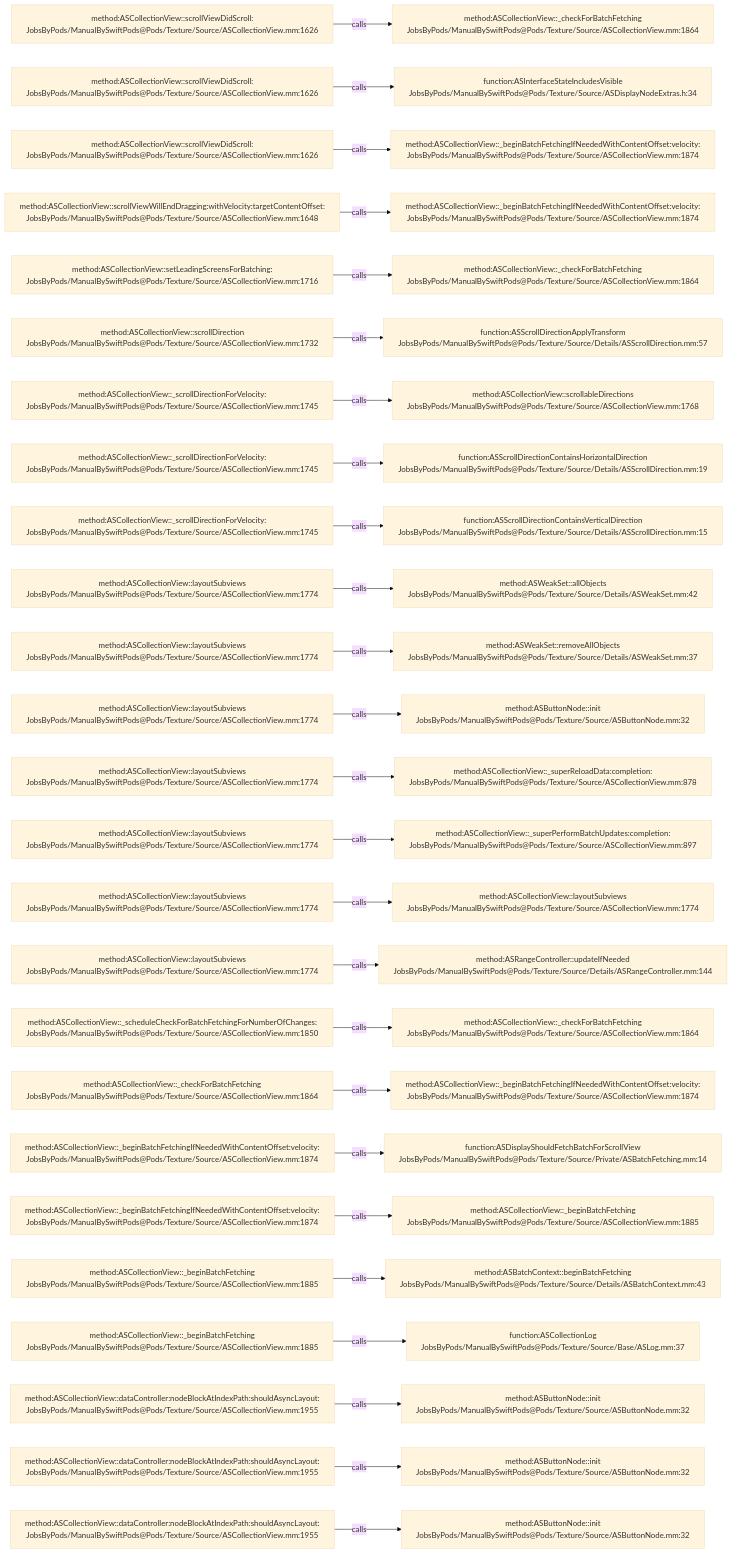
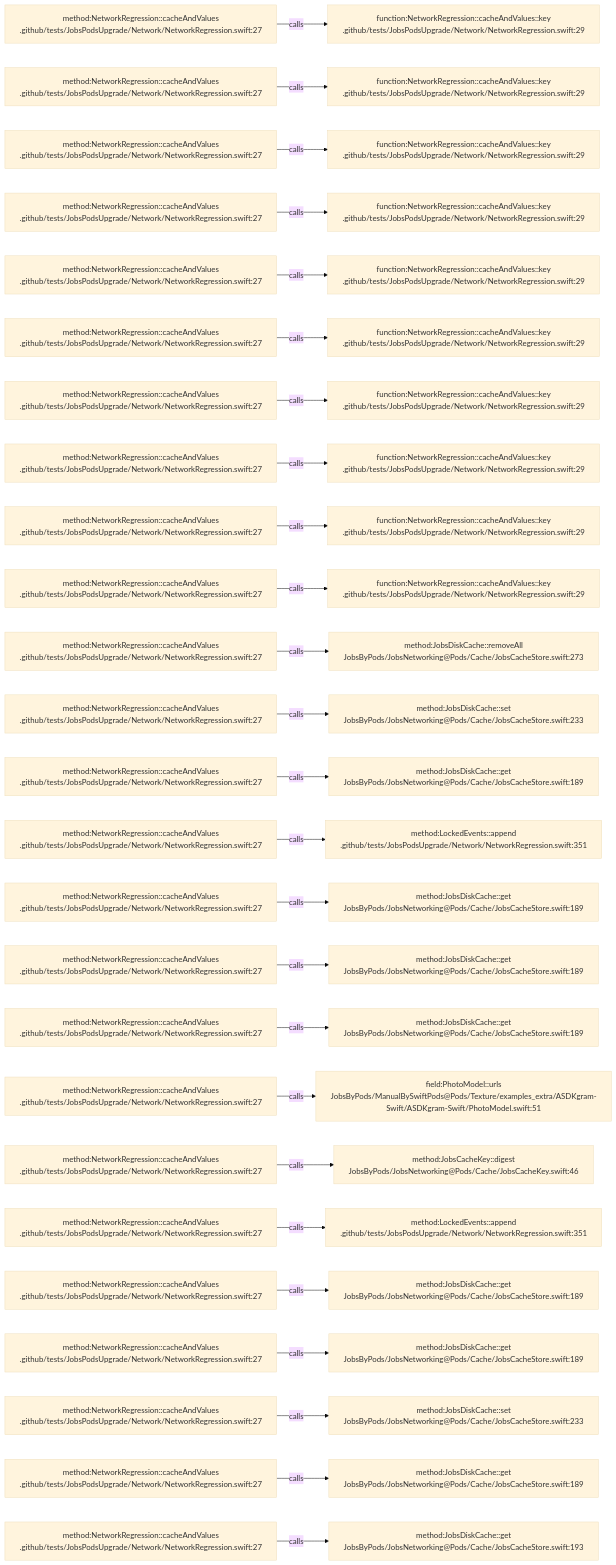
One commit to JobsKits/JobsSwiftBaseConfigDemo changed the diagram in .codegraph/codegraph.md/graphs/calls-013.md. Above: the diagram before and after it, drawn with Mermaid (base theme). The commit also changed 224 other files, not shown here.

````diff
--- a/.codegraph/codegraph.md/graphs/calls-013.md
+++ b/.codegraph/codegraph.md/graphs/calls-013.md
@@ -13,78 +13,78 @@
 ```mermaid
 flowchart LR
-  S1["method:ASCollectionView::scrollViewDidScroll:<br/>JobsByPods/ManualBySwiftPods@Pods/Texture/Source/ASCollectionView.mm:1626"]
-  T1["method:ASCollectionView::_checkForBatchFetching<br/>JobsByPods/ManualBySwiftPods@Pods/Texture/Source/ASCollectionView.mm:1864"]
+  S1["method:NetworkRegression::cacheAndValues<br/>.github/tests/JobsPodsUpgrade/Network/NetworkRegression.swift:27"]
+  T1["function:NetworkRegression::cacheAndValues::key<br/>.github/tests/JobsPodsUpgrade/Network/NetworkRegression.swift:29"]
   S1 -->|calls| T1
-  S2["method:ASCollectionView::scrollViewDidScroll:<br/>JobsByPods/ManualBySwiftPods@Pods/Texture/Source/ASCollectionView.mm:1626"]
-  T2["function:ASInterfaceStateIncludesVisible<br/>JobsByPods/ManualBySwiftPods@Pods/Texture/Source/ASDisplayNodeExtras.h:34"]
+  S2["method:NetworkRegression::cacheAndValues<br/>.github/tests/JobsPodsUpgrade/Network/NetworkRegression.swift:27"]
+  T2["function:NetworkRegression::cacheAndValues::key<br/>.github/tests/JobsPodsUpgrade/Network/NetworkRegression.swift:29"]
   S2 -->|calls| T2
-  S3["method:ASCollectionView::scrollViewDidScroll:<br/>JobsByPods/ManualBySwiftPods@Pods/Texture/Source/ASCollectionView.mm:1626"]
-  T3["method:ASCollectionView::_beginBatchFetchingIfNeededWithContentOffset:velocity:<br/>JobsByPods/ManualBySwiftPods@Pods/Texture/Source/ASCollectionView.mm:1874"]
+  S3["method:NetworkRegression::cacheAndValues<br/>.github/tests/JobsPodsUpgrade/Network/NetworkRegression.swift:27"]
+  T3["function:NetworkRegression::cacheAndValues::key<br/>.github/tests/JobsPodsUpgrade/Network/NetworkRegression.swift:29"]
   S3 -->|calls| T3
-  S4["method:ASCollectionView::scrollViewWillEndDragging:withVelocity:targetContentOffset:<br/>JobsByPods/ManualBySwiftPods@Pods/Texture/Source/ASCollectionView.mm:1648"]
-  T4["method:ASCollectionView::_beginBatchFetchingIfNeededWithContentOffset:velocity:<br/>JobsByPods/ManualBySwiftPods@Pods/Texture/Source/ASCollectionView.mm:1874"]
+  S4["method:NetworkRegression::cacheAndValues<br/>.github/tests/JobsPodsUpgrade/Network/NetworkRegression.swift:27"]
+  T4["function:NetworkRegression::cacheAndValues::key<br/>.github/tests/JobsPodsUpgrade/Network/NetworkRegression.swift:29"]
   S4 -->|calls| T4
-  S5["method:ASCollectionView::setLeadingScreensForBatching:<br/>JobsByPods/ManualBySwiftPods@Pods/Texture/Source/ASCollectionView.mm:1716"]
-  T5["method:ASCollectionView::_checkForBatchFetching<br/>JobsByPods/ManualBySwiftPods@Pods/Texture/Source/ASCollectionView.mm:1864"]
+  S5["method:NetworkRegression::cacheAndValues<br/>.github/tests/JobsPodsUpgrade/Network/NetworkRegression.swift:27"]
+  T5["function:NetworkRegression::cacheAndValues::key<br/>.github/tests/JobsPodsUpgrade/Network/NetworkRegression.swift:29"]
   S5 -->|calls| T5
-  S6["method:ASCollectionView::scrollDirection<br/>JobsByPods/ManualBySwiftPods@Pods/Texture/Source/ASCollectionView.mm:1732"]
-  T6["function:ASScrollDirectionApplyTransform<br/>JobsByPods/ManualBySwiftPods@Pods/Texture/Source/Details/ASScrollDirection.mm:57"]
+  S6["method:NetworkRegression::cacheAndValues<br/>.github/tests/JobsPodsUpgrade/Network/NetworkRegression.swift:27"]
+  T6["function:NetworkRegression::cacheAndValues::key<br/>.github/tests/JobsPodsUpgrade/Network/NetworkRegression.swift:29"]
   S6 -->|calls| T6
-  S7["method:ASCollectionView::_scrollDirectionForVelocity:<br/>JobsByPods/ManualBySwiftPods@Pods/Texture/Source/ASCollectionView.mm:1745"]
-  T7["method:ASCollectionView::scrollableDirections<br/>JobsByPods/ManualBySwiftPods@Pods/Texture/Source/ASCollectionView.mm:1768"]
+  S7["method:NetworkRegression::cacheAndValues<br/>.github/tests/JobsPodsUpgrade/Network/NetworkRegression.swift:27"]
+  T7["function:NetworkRegression::cacheAndValues::key<br/>.github/tests/JobsPodsUpgrade/Network/NetworkRegression.swift:29"]
   S7 -->|calls| T7
-  S8["method:ASCollectionView::_scrollDirectionForVelocity:<br/>JobsByPods/ManualBySwiftPods@Pods/Texture/Source/ASCollectionView.mm:1745"]
-  T8["function:ASScrollDirectionContainsHorizontalDirection<br/>JobsByPods/ManualBySwiftPods@Pods/Texture/Source/Details/ASScrollDirection.mm:19"]
+  S8["method:NetworkRegression::cacheAndValues<br/>.github/tests/JobsPodsUpgrade/Network/NetworkRegression.swift:27"]
+  T8["function:NetworkRegression::cacheAndValues::key<br/>.github/tests/JobsPodsUpgrade/Network/NetworkRegression.swift:29"]
   S8 -->|calls| T8
-  S9["method:ASCollectionView::_scrollDirectionForVelocity:<br/>JobsByPods/ManualBySwiftPods@Pods/Texture/Source/ASCollectionView.mm:1745"]
-  T9["function:ASScrollDirectionContainsVerticalDirection<br/>JobsByPods/ManualBySwiftPods@Pods/Texture/Source/Details/ASScrollDirection.mm:15"]
+  S9["method:NetworkRegression::cacheAndValues<br/>.github/tests/JobsPodsUpgrade/Network/NetworkRegression.swift:27"]
+  T9["function:NetworkRegression::cacheAndValues::key<br/>.github/tests/JobsPodsUpgrade/Network/NetworkRegression.swift:29"]
   S9 -->|calls| T9
-  S10["method:ASCollectionView::layoutSubviews<br/>JobsByPods/ManualBySwiftPods@Pods/Texture/Source/ASCollectionView.mm:1774"]
-  T10["method:ASWeakSet::allObjects<br/>JobsByPods/ManualBySwiftPods@Pods/Texture/Source/Details/ASWeakSet.mm:42"]
+  S10["method:NetworkRegression::cacheAndValues<br/>.github/tests/JobsPodsUpgrade/Network/NetworkRegression.swift:27"]
+  T10["function:NetworkRegression::cacheAndValues::key<br/>.github/tests/JobsPodsUpgrade/Network/NetworkRegression.swift:29"]
   S10 -->|calls| T10
-  S11["method:ASCollectionView::layoutSubviews<br/>JobsByPods/ManualBySwiftPods@Pods/Texture/Source/ASCollectionView.mm:1774"]
-  T11["method:ASWeakSet::removeAllObjects<br/>JobsByPods/ManualBySwiftPods@Pods/Texture/Source/Details/ASWeakSet.mm:37"]
+  S11["method:NetworkRegression::cacheAndValues<br/>.github/tests/JobsPodsUpgrade/Network/NetworkRegression.swift:27"]
+  T11["method:JobsDiskCache::removeAll<br/>JobsByPods/JobsNetworking@Pods/Cache/JobsCacheStore.swift:273"]
   S11 -->|calls| T11
-  S12["method:ASCollectionView::layoutSubviews<br/>JobsByPods/ManualBySwiftPods@Pods/Texture/Source/ASCollectionView.mm:1774"]
-  T12["method:ASButtonNode::init<br/>JobsByPods/ManualBySwiftPods@Pods/Texture/Source/ASButtonNode.mm:32"]
+  S12["method:NetworkRegression::cacheAndValues<br/>.github/tests/JobsPodsUpgrade/Network/NetworkRegression.swift:27"]
+  T12["method:JobsDiskCache::set<br/>JobsByPods/JobsNetworking@Pods/Cache/JobsCacheStore.swift:233"]
   S12 -->|calls| T12
-  S13["method:ASCollectionView::layoutSubviews<br/>JobsByPods/ManualBySwiftPods@Pods/Texture/Source/ASCollectionView.mm:1774"]
-  T13["method:ASCollectionView::_superReloadData:completion:<br/>JobsByPods/ManualBySwiftPods@Pods/Texture/Source/ASCollectionView.mm:878"]
+  S13["method:NetworkRegression::cacheAndValues<br/>.github/tests/JobsPodsUpgrade/Network/NetworkRegression.swift:27"]
+  T13["method:JobsDiskCache::get<br/>JobsByPods/JobsNetworking@Pods/Cache/JobsCacheStore.swift:189"]
   S13 -->|calls| T13
-  S14["method:ASCollectionView::layoutSubviews<br/>JobsByPods/ManualBySwiftPods@Pods/Texture/Source/ASCollectionView.mm:1774"]
-  T14["method:ASCollectionView::_superPerformBatchUpdates:completion:<br/>JobsByPods/ManualBySwiftPods@Pods/Texture/Source/ASCollectionView.mm:897"]
+  S14["method:NetworkRegression::cacheAndValues<br/>.github/tests/JobsPodsUpgrade/Network/NetworkRegression.swift:27"]
+  T14["method:LockedEvents::append<br/>.github/tests/JobsPodsUpgrade/Network/NetworkRegression.swift:351"]
   S14 -->|calls| T14
-  S15["method:ASCollectionView::layoutSubviews<br/>JobsByPods/ManualBySwiftPods@Pods/Texture/Source/ASCollectionView.mm:1774"]
-  T15["method:ASCollectionView::layoutSubviews<br/>JobsByPods/ManualBySwiftPods@Pods/Texture/Source/ASCollectionView.mm:1774"]
+  S15["method:NetworkRegression::cacheAndValues<br/>.github/tests/JobsPodsUpgrade/Network/NetworkRegression.swift:27"]
+  T15["method:JobsDiskCache::get<br/>JobsByPods/JobsNetworking@Pods/Cache/JobsCacheStore.swift:189"]
   S15 -->|calls| T15
-  S16["method:ASCollectionView::layoutSubviews<br/>JobsByPods/ManualBySwiftPods@Pods/Texture/Source/ASCollectionView.mm:1774"]
-  T16["method:ASRangeController::updateIfNeeded<br/>JobsByPods/ManualBySwiftPods@Pods/Texture/Source/Details/ASRangeController.mm:144"]
+  S16["method:NetworkRegression::cacheAndValues<br/>.github/tests/JobsPodsUpgrade/Network/NetworkRegression.swift:27"]
+  T16["method:JobsDiskCache::get<br/>JobsByPods/JobsNetworking@Pods/Cache/JobsCacheStore.swift:189"]
   S16 -->|calls| T16
-  S17["method:ASCollectionView::_scheduleCheckForBatchFetchingForNumberOfChanges:<br/>JobsByPods/ManualBySwiftPods@Pods/Texture/Source/ASCollectionView.mm:1850"]
-  T17["method:ASCollectionView::_checkForBatchFetching<br/>JobsByPods/ManualBySwiftPods@Pods/Texture/Source/ASCollectionView.mm:1864"]
+  S17["method:NetworkRegression::cacheAndValues<br/>.github/tests/JobsPodsUpgrade/Network/NetworkRegression.swift:27"]
+  T17["method:JobsDiskCache::get<br/>JobsByPods/JobsNetworking@Pods/Cache/JobsCacheStore.swift:189"]
   S17 -->|calls| T17
-  S18["method:ASCollectionView::_checkForBatchFetching<br/>JobsByPods/ManualBySwiftPods@Pods/Texture/Source/ASCollectionView.mm:1864"]
-  T18["method:ASCollectionView::_beginBatchFetchingIfNeededWithContentOffset:velocity:<br/>JobsByPods/ManualBySwiftPods@Pods/Texture/Source/ASCollectionView.mm:1874"]
+  S18["method:NetworkRegression::cacheAndValues<br/>.github/tests/JobsPodsUpgrade/Network/NetworkRegression.swift:27"]
+  T18["field:PhotoModel::urls<br/>JobsByPods/ManualBySwiftPods@Pods/Texture/examples_extra/ASDKgram-Swift/ASDKgram-Swift/PhotoModel.swift:51"]
   S18 -->|calls| T18
-  S19["method:ASCollectionView::_beginBatchFetchingIfNeededWithContentOffset:velocity:<br/>JobsByPods/ManualBySwiftPods@Pods/Texture/Source/ASCollectionView.mm:1874"]
-  T19["function:ASDisplayShouldFetchBatchForScrollView<br/>JobsByPods/ManualBySwiftPods@Pods/Texture/Source/Private/ASBatchFetching.mm:14"]
+  S19["method:NetworkRegression::cacheAndValues<br/>.github/tests/JobsPodsUpgrade/Network/NetworkRegression.swift:27"]
+  T19["method:JobsCacheKey::digest<br/>JobsByPods/JobsNetworking@Pods/Cache/JobsCacheKey.swift:46"]
   S19 -->|calls| T19
-  S20["method:ASCollectionView::_beginBatchFetchingIfNeededWithContentOffset:velocity:<br/>JobsByPods/ManualBySwiftPods@Pods/Texture/Source/ASCollectionView.mm:1874"]
-  T20["method:ASCollectionView::_beginBatchFetching<br/>JobsByPods/ManualBySwiftPods@Pods/Texture/Source/ASCollectionView.mm:1885"]
+  S20["method:NetworkRegression::cacheAndValues<br/>.github/tests/JobsPodsUpgrade/Network/NetworkRegression.swift:27"]
+  T20["method:LockedEvents::append<br/>.github/tests/JobsPodsUpgrade/Network/NetworkRegression.swift:351"]
   S20 -->|calls| T20
-  S21["method:ASCollectionView::_beginBatchFetching<br/>JobsByPods/ManualBySwiftPods@Pods/Texture/Source/ASCollectionView.mm:1885"]
-  T21["method:ASBatchContext::beginBatchFetching<br/>JobsByPods/ManualBySwiftPods@Pods/Texture/Source/Details/ASBatchContext.mm:43"]
+  S21["method:NetworkRegression::cacheAndValues<br/>.github/tests/JobsPodsUpgrade/Network/NetworkRegression.swift:27"]
+  T21["method:JobsDiskCache::get<br/>JobsByPods/JobsNetworking@Pods/Cache/JobsCacheStore.swift:189"]
   S21 -->|calls| T21
-  S22["method:ASCollectionView::_beginBatchFetching<br/>JobsByPods/ManualBySwiftPods@Pods/Texture/Source/ASCollectionView.mm:1885"]
-  T22["function:ASCollectionLog<br/>JobsByPods/ManualBySwiftPods@Pods/Texture/Source/Base/ASLog.mm:37"]
+  S22["method:NetworkRegression::cacheAndValues<br/>.github/tests/JobsPodsUpgrade/Network/NetworkRegression.swift:27"]
+  T22["method:JobsDiskCache::get<br/>JobsByPods/JobsNetworking@Pods/Cache/JobsCacheStore.swift:189"]
   S22 -->|calls| T22
-  S23["method:ASCollectionView::dataController:nodeBlockAtIndexPath:shouldAsyncLayout:<br/>JobsByPods/ManualBySwiftPods@Pods/Texture/Source/ASCollectionView.mm:1955"]
-  T23["method:ASButtonNode::init<br/>JobsByPods/ManualBySwiftPods@Pods/Texture/Source/ASButtonNode.mm:32"]
+  S23["method:NetworkRegression::cacheAndValues<br/>.github/tests/JobsPodsUpgrade/Network/NetworkRegression.swift:27"]
+  T23["method:JobsDiskCache::set<br/>JobsByPods/JobsNetworking@Pods/Cache/JobsCacheStore.swift:233"]
   S23 -->|calls| T23
-  S24["method:ASCollectionView::dataController:nodeBlockAtIndexPath:shouldAsyncLayout:<br/>JobsByPods/ManualBySwiftPods@Pods/Texture/Source/ASCollectionView.mm:1955"]
-  T24["method:ASButtonNode::init<br/>JobsByPods/ManualBySwiftPods@Pods/Texture/Source/ASButtonNode.mm:32"]
+  S24["method:NetworkRegression::cacheAndValues<br/>.github/tests/JobsPodsUpgrade/Network/NetworkRegression.swift:27"]
+  T24["method:JobsDiskCache::get<br/>JobsByPods/JobsNetworking@Pods/Cache/JobsCacheStore.swift:189"]
   S24 -->|calls| T24
-  S25["method:ASCollectionView::dataController:nodeBlockAtIndexPath:shouldAsyncLayout:<br/>JobsByPods/ManualBySwiftPods@Pods/Texture/Source/ASCollectionView.mm:1955"]
-  T25["method:ASButtonNode::init<br/>JobsByPods/ManualBySwiftPods@Pods/Texture/Source/ASButtonNode.mm:32"]
+  S25["method:NetworkRegression::cacheAndValues<br/>.github/tests/JobsPodsUpgrade/Network/NetworkRegression.swift:27"]
+  T25["method:JobsDiskCache::get<br/>JobsByPods/JobsNetworking@Pods/Cache/JobsCacheStore.swift:193"]
   S25 -->|calls| T25
 ```
````
